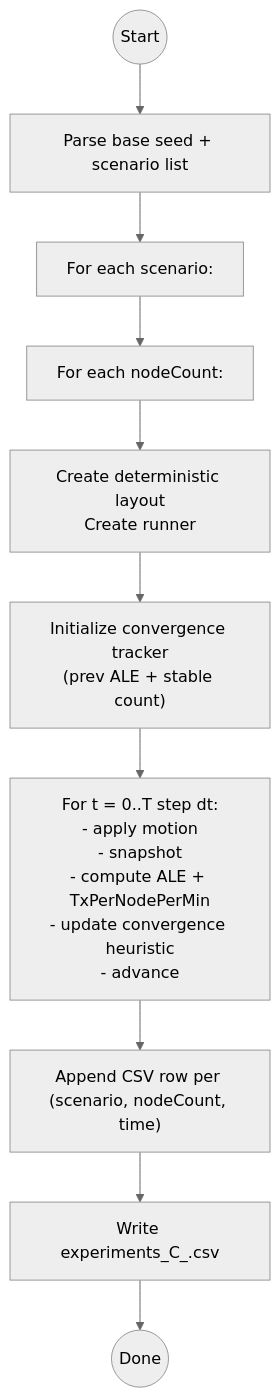
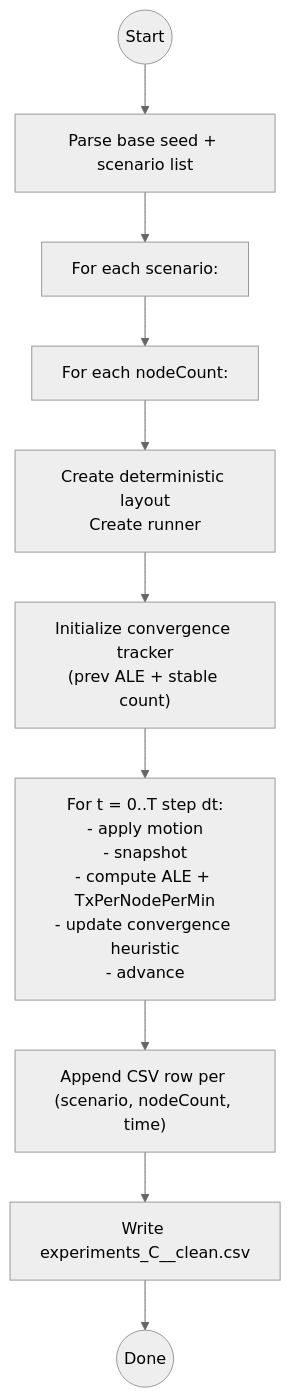
The third of 5 diagrams in src/experiments/README.md (ChickenSalsahub/ICUM-SIM), drawn with Mermaid (neutral theme) before and after one commit. The commit also changed other lines of this file and 23 other files, not shown here.

````diff
--- a/src/experiments/README.md
+++ b/src/experiments/README.md
@@ -142,12 +163,12 @@
 ```mermaid
 flowchart TD
   C0(("Start")) --> C1["Parse base seed + scenario list"]
   C1 --> C2["For each scenario:"]
   C2 --> C3["For each nodeCount:"]
   C3 --> C4["Create deterministic layout\nCreate runner"]
   C4 --> C5["Initialize convergence tracker\n(prev ALE + stable count)"]
   C5 --> C6["For t = 0..T step dt:\n- apply motion\n- snapshot\n- compute ALE + TxPerNodePerMin\n- update convergence heuristic\n- advance"]
   C6 --> C7["Append CSV row per (scenario, nodeCount, time)"]
-  C7 --> C8["Write experiments_C_<scenario>.csv"]
+  C7 --> C8["Write experiments_C_<scenario>_clean.csv"]
   C8 --> C9(("Done"))
 ```
````
